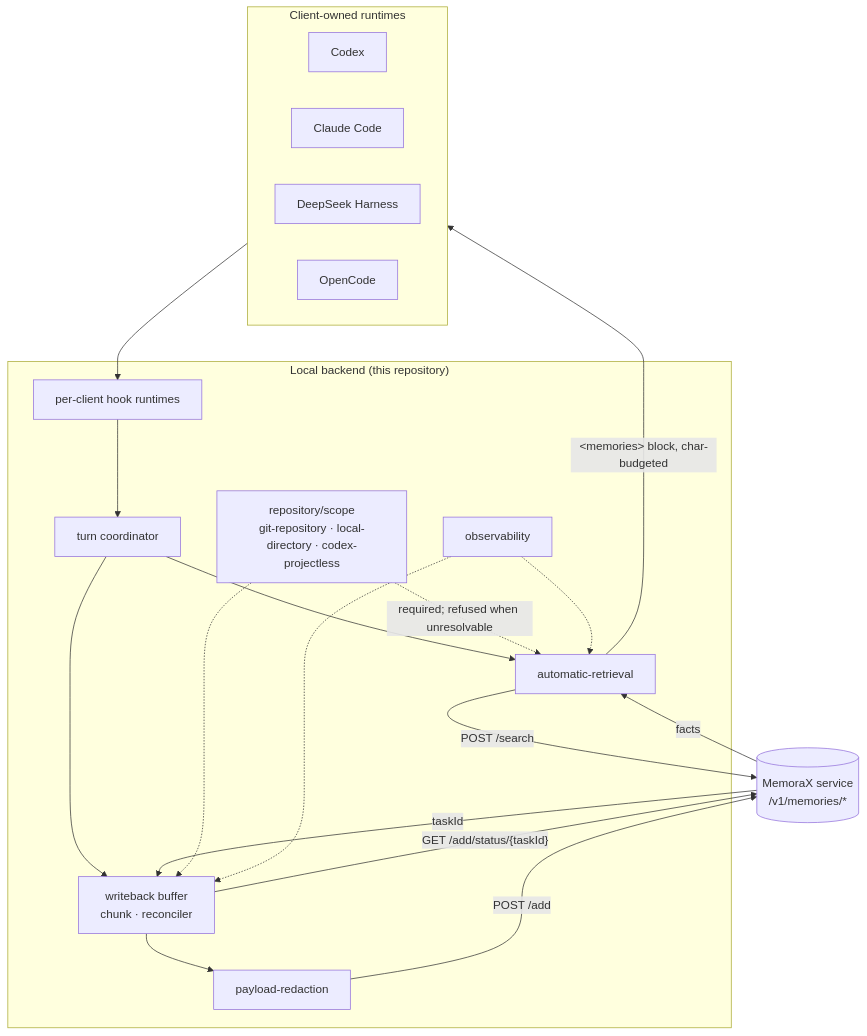
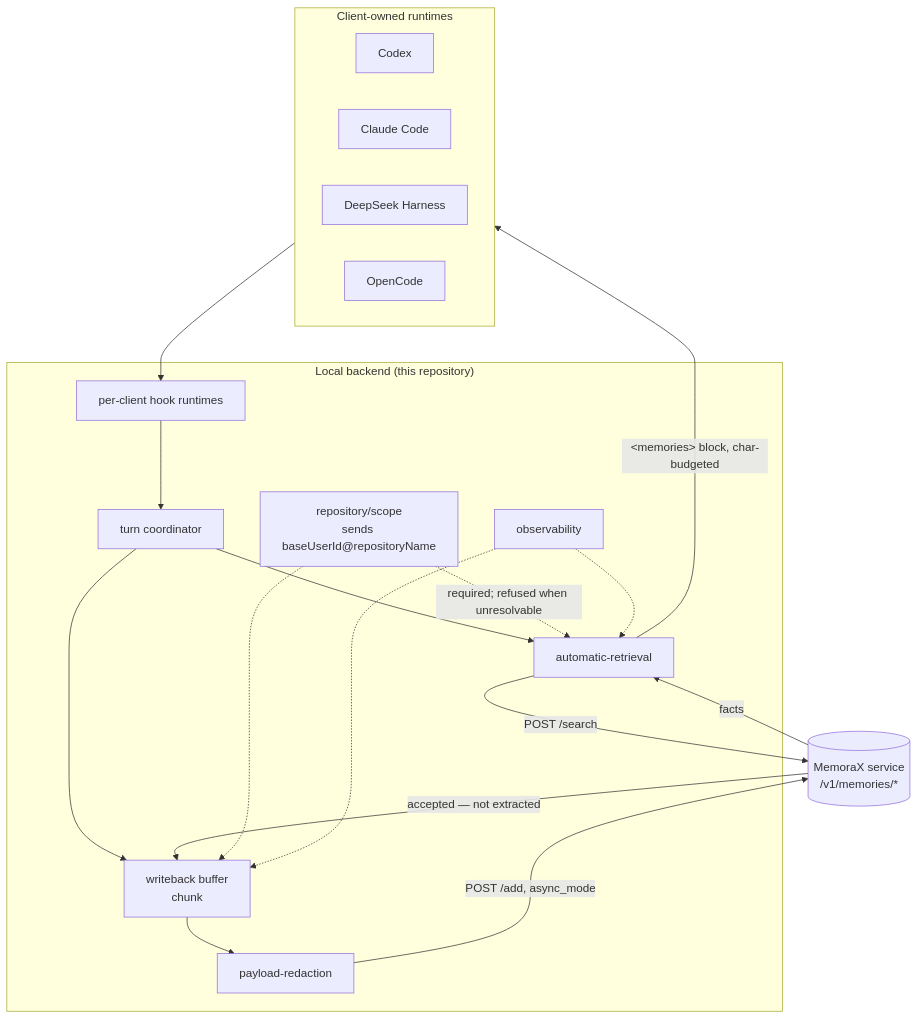
Before and after one commit to neoneye/agent-memory-atlas: the diagram in content/systems/memorax-code.md, drawn with Mermaid. The commit also changed other lines of this file and 8 other files, not shown here.

Commit message:
MemoraX Code re-read at 1525c20: the scope key on the wire is a bare repository name, and a test asserts two clones named Shared share a namespace

````diff
--- a/content/systems/memorax-code.md
+++ b/content/systems/memorax-code.md
@@ -106,32 +106,32 @@
 ```mermaid
 flowchart TD
 %% caption: the inspectable half is the client — required scope, redaction before the payload leaves the machine, a char-budgeted fenced block on the way back — while what a memory is, how it is ranked and whether it can ever be corrected are decided behind three HTTP endpoints
     subgraph clients["Client-owned runtimes"]
         CX["Codex"]
         CL["Claude Code"]
         DSH["DeepSeek Harness"]
         OC["OpenCode"]
     end
 
     subgraph backend["Local backend (this repository)"]
         HOOK["per-client hook runtimes"]
         TURN["turn coordinator"]
         RET["automatic-retrieval"]
-        WB["writeback buffer<br/>chunk · reconciler"]
+        WB["writeback buffer<br/>chunk"]
         RED["payload-redaction"]
-        SCOPE["repository/scope<br/>git-repository · local-directory · codex-projectless"]
+        SCOPE["repository/scope<br/>sends baseUserId@repositoryName"]
         OBS["observability"]
     end
 
     SVC[("MemoraX service<br/>/v1/memories/*")]
 
     clients --> HOOK --> TURN
     TURN --> RET -->|"POST /search"| SVC
     SVC -->|"facts"| RET -->|"&lt;memories&gt; block, char-budgeted"| clients
-    TURN --> WB --> RED -->|"POST /add"| SVC
-    SVC -->|"taskId"| WB -->|"GET /add/status/{taskId}"| SVC
+    TURN --> WB --> RED -->|"POST /add, async_mode"| SVC
+    SVC -->|"accepted — not extracted"| WB
     SCOPE -.->|"required; refused when unresolvable"| RET
     SCOPE -.-> WB
     OBS -.-> RET
     OBS -.-> WB
 ```
````
